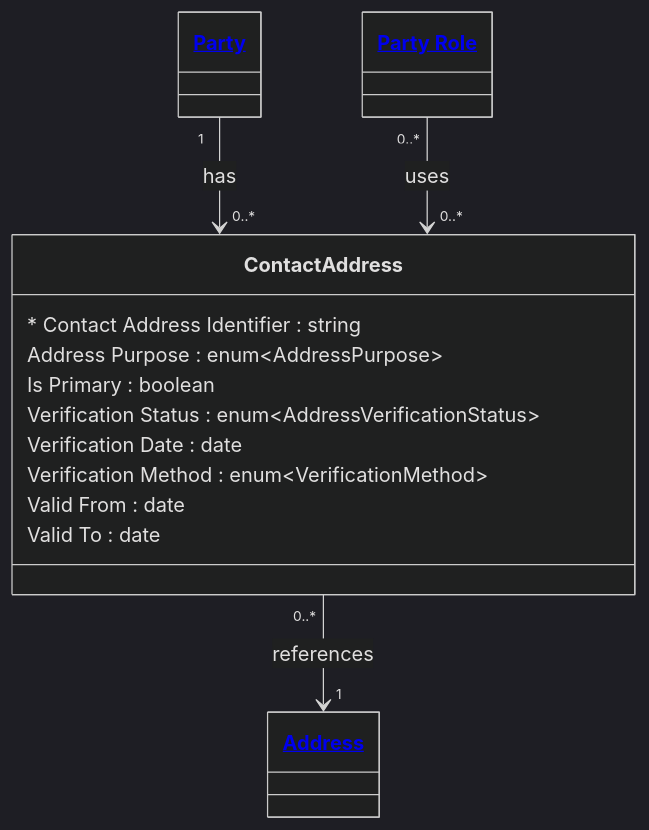
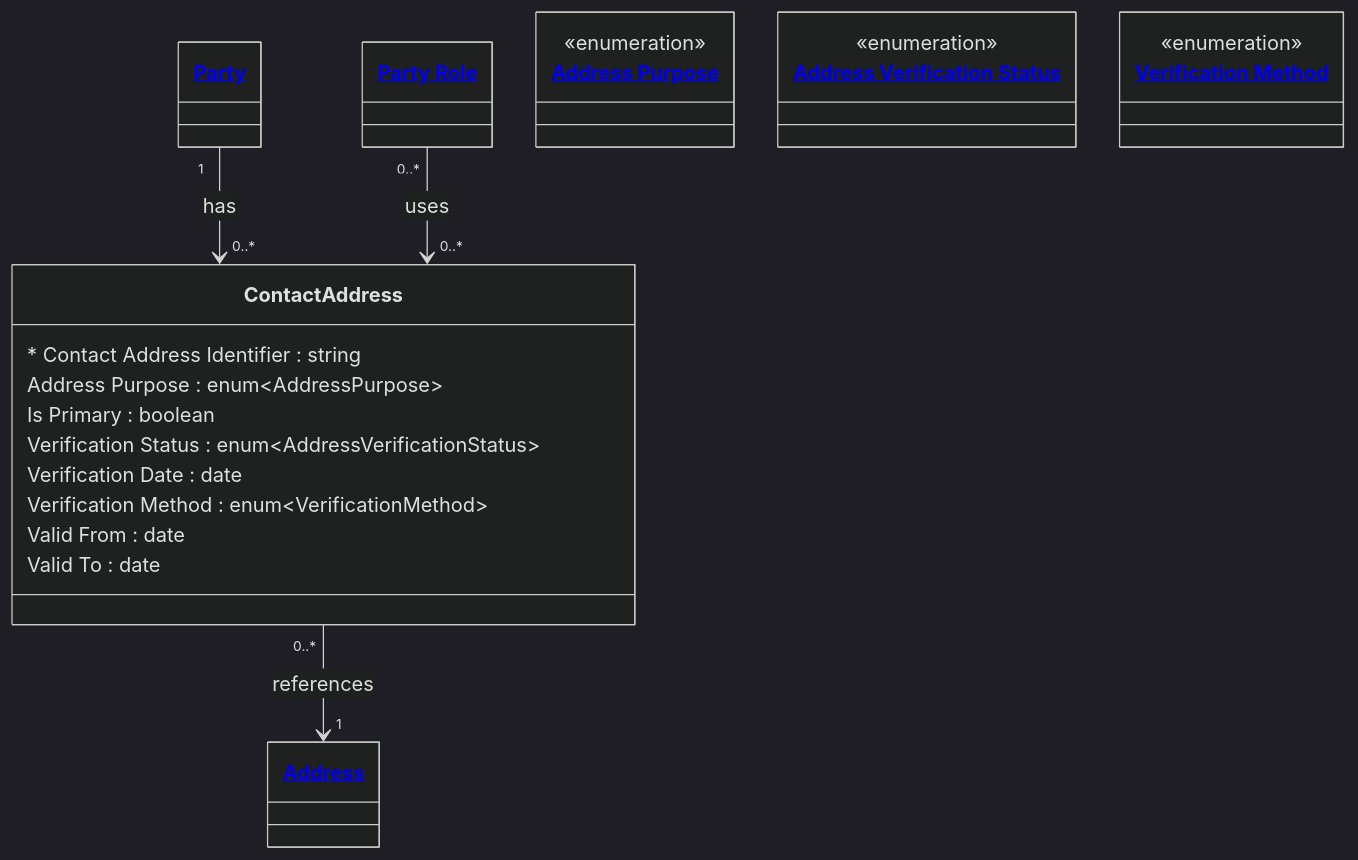
One commit to Semprini/md-ddl changed the diagram in examples/Financial Crime/entities/contact_address.md. Above: the diagram before and after it, drawn with Mermaid (dark theme). The commit also changed other lines of this file and 48 other files, not shown here.

````diff
--- a/examples/Financial Crime/entities/contact_address.md
+++ b/examples/Financial Crime/entities/contact_address.md
@@ -13,25 +13,29 @@
 ```mermaid
 ---
 config:
   layout: elk
 ---
 classDiagram
   class ContactAddress{
     * Contact Address Identifier : string
     Address Purpose : enum~AddressPurpose~
     Is Primary : boolean
     Verification Status : enum~AddressVerificationStatus~
     Verification Date : date
     Verification Method : enum~VerificationMethod~
     Valid From : date
     Valid To : date
   }
 
   Party "1" --> "0..*" ContactAddress : has
   PartyRole "0..*" --> "0..*" ContactAddress : uses
   ContactAddress "0..*" --> "1" Address : references
 
+  class AddressPurpose["<a href='../enums.md#address-purpose'>Address Purpose</a>"]{<<enumeration>>}
+  class AddressVerificationStatus["<a href='../enums.md#address-verification-status'>Address Verification Status</a>"]{<<enumeration>>}
+  class VerificationMethod["<a href='../enums.md#verification-method'>Verification Method</a>"]{<<enumeration>>}
+
   class Party["<a href='party.md'>Party</a>"]
   class PartyRole["<a href='party_role.md'>Party Role</a>"]
   class Address["<a href='address.md'>Address</a>"]
 ```
````
